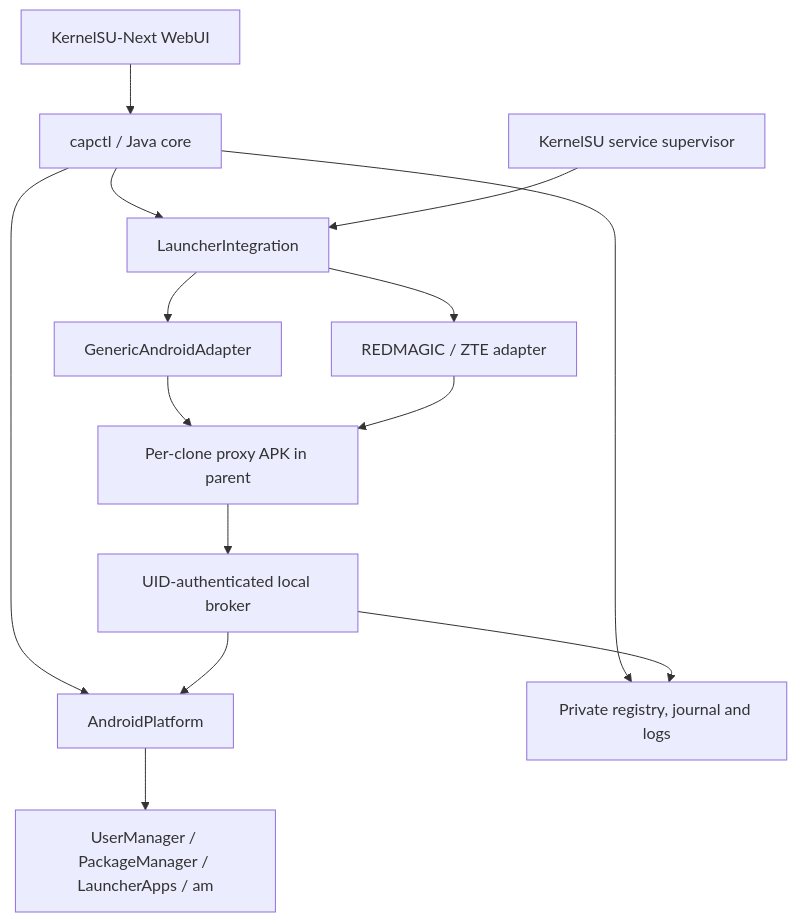
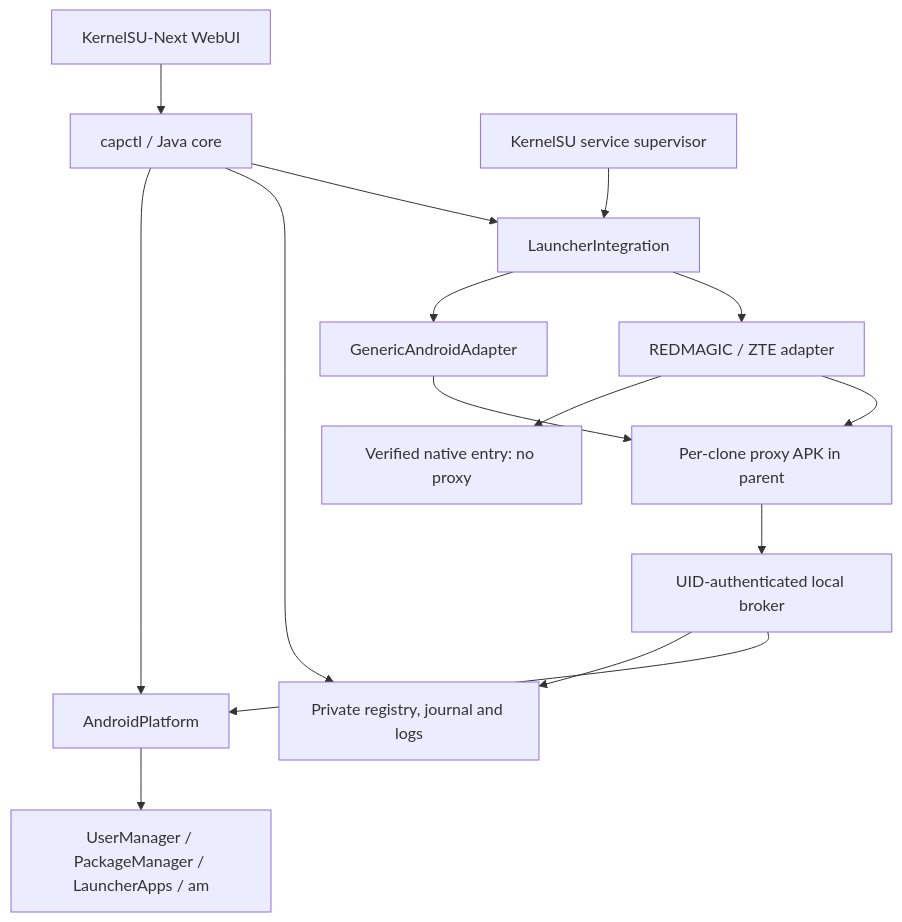
One commit to nemo201104/Clone-App-Profile changed the diagram in docs/ARCHITECTURE.md. Above: the diagram before and after it, drawn with Mermaid. The commit also changed other lines of this file and 24 other files, not shown here.

````diff
--- a/docs/ARCHITECTURE.md
+++ b/docs/ARCHITECTURE.md
@@ -3,16 +3,17 @@
 ```mermaid
 flowchart TD
   W[KernelSU-Next WebUI] --> C[capctl / Java core]
   C --> P[AndroidPlatform]
   C --> R[Private registry, journal and logs]
   C --> L[LauncherIntegration]
   L --> G[GenericAndroidAdapter]
   L --> O[REDMAGIC / ZTE adapter]
+  O --> N[Verified native entry: no proxy]
   G --> A[Per-clone proxy APK in parent]
   O --> A
   A --> B[UID-authenticated local broker]
   B --> R
   B --> P
   P --> F[UserManager / PackageManager / LauncherApps / am]
   S[KernelSU service supervisor] --> L
 ```
````
